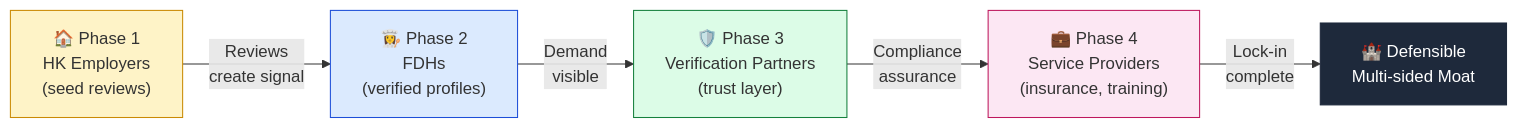
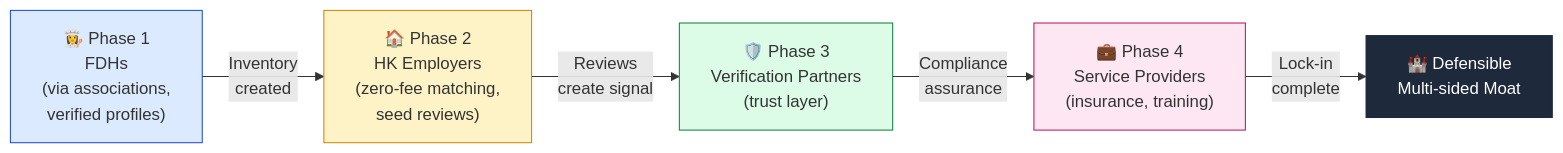
Before and after one commit to LU-Chuanyu/isom2010: the eighth of 11 diagrams in HelperConnect_Final_Report.md, drawn with Mermaid. The commit also changed other lines of this file and 1 other file, not shown here.

````diff
--- a/HelperConnect_Final_Report.md
+++ b/HelperConnect_Final_Report.md
@@ -330,13 +398,13 @@
 ```mermaid
 flowchart LR
-    P1["🏠 Phase 1<br/>HK Employers<br/>(seed reviews)"] -->|"Reviews<br/>create signal"| P2
-    P2["👩‍🍳 Phase 2<br/>FDHs<br/>(verified profiles)"] -->|"Demand<br/>visible"| P3
+    P1["👩‍🍳 Phase 1<br/>FDHs<br/>(via associations,<br/>verified profiles)"] -->|"Inventory<br/>created"| P2
+    P2["🏠 Phase 2<br/>HK Employers<br/>(zero-fee matching,<br/>seed reviews)"] -->|"Reviews<br/>create signal"| P3
     P3["🛡️ Phase 3<br/>Verification Partners<br/>(trust layer)"] -->|"Compliance<br/>assurance"| P4
     P4["💼 Phase 4<br/>Service Providers<br/>(insurance, training)"] -->|"Lock-in<br/>complete"| MOAT["🏰 Defensible<br/>Multi-sided Moat"]
 
-    style P1 fill:#fef3c7,stroke:#ca8a04
-    style P2 fill:#dbeafe,stroke:#1d4ed8
+    style P1 fill:#dbeafe,stroke:#1d4ed8
+    style P2 fill:#fef3c7,stroke:#ca8a04
     style P3 fill:#dcfce7,stroke:#15803d
     style P4 fill:#fce7f3,stroke:#be185d
     style MOAT fill:#1e293b,stroke:#1e293b,color:#fff
 ```
````
